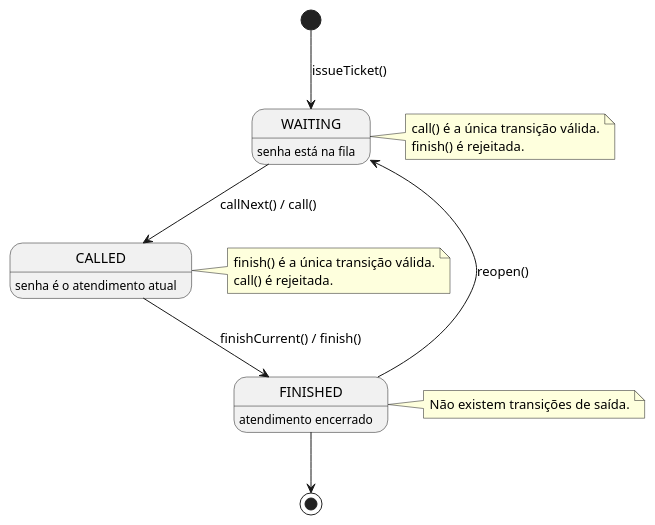
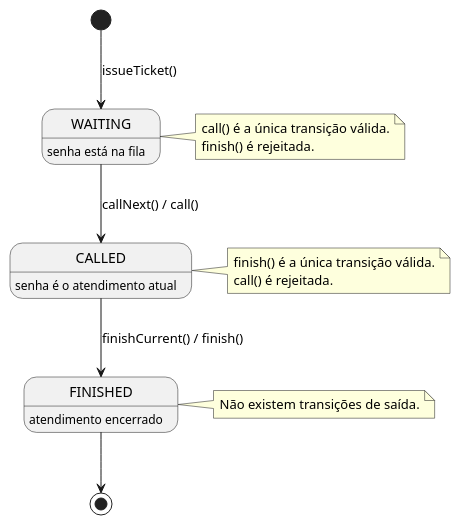
One commit to MarcosArambasic/dev_orientado_a_spec_IA changed the diagram in projeto/specs/uml/states/ticket-state-diagram.md. Above: the diagram before and after it, drawn with PlantUML. The commit also changed 10 other files, not shown here.

````diff
--- a/projeto/specs/uml/states/ticket-state-diagram.md
+++ b/projeto/specs/uml/states/ticket-state-diagram.md
@@ -3,27 +3,26 @@
 ```plantuml
 @startuml
 [*] --> WAITING : issueTicket()
 WAITING --> CALLED : callNext() / call()
 CALLED --> FINISHED : finishCurrent() / finish()
-FINISHED --> WAITING : reopen()
 FINISHED --> [*]
 
 WAITING : senha está na fila
 CALLED : senha é o atendimento atual
 FINISHED : atendimento encerrado
 
 note right of WAITING
   call() é a única transição válida.
   finish() é rejeitada.
 end note
 
 note right of CALLED
   finish() é a única transição válida.
   call() é rejeitada.
 end note
 
 note right of FINISHED
   Não existem transições de saída.
 end note
 @enduml
 ```
````
